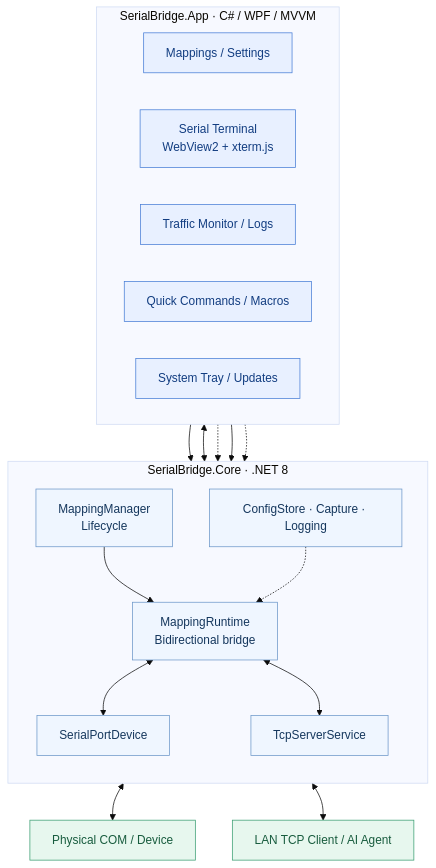
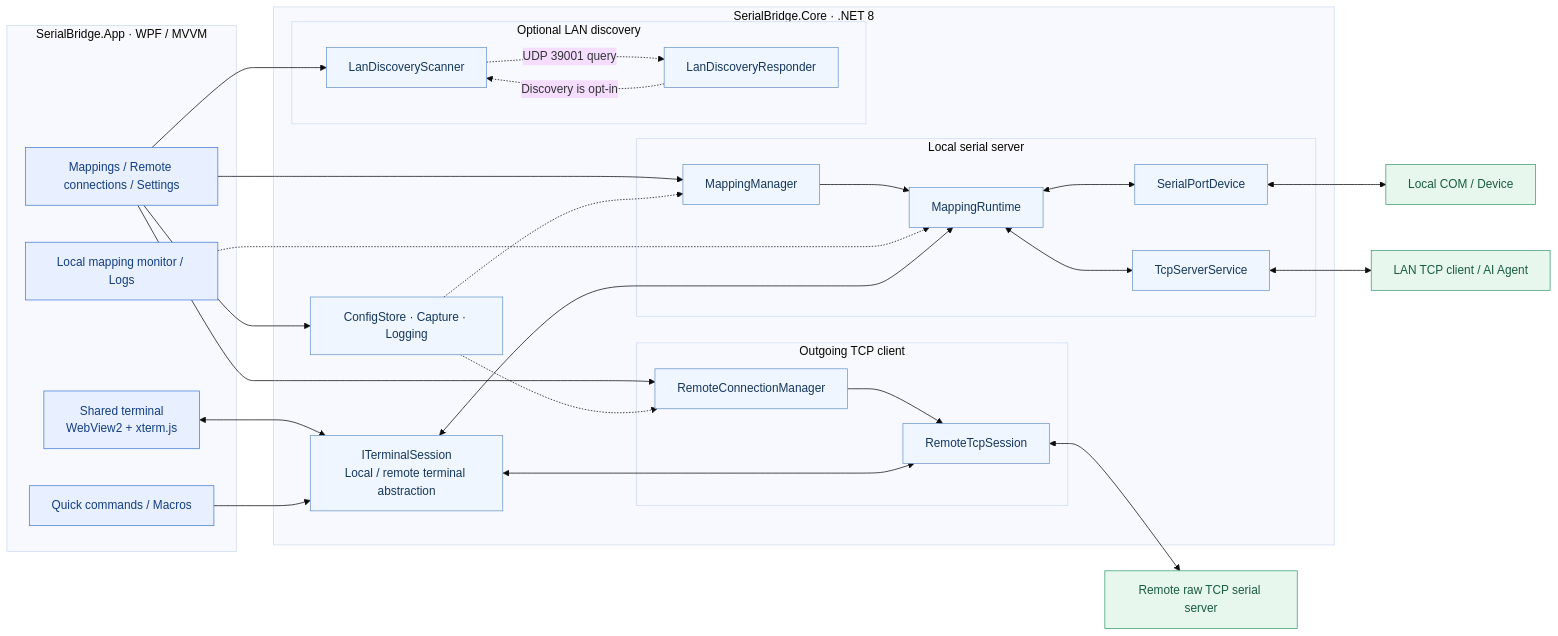
Before and after one commit to SuperStrain/SerialBridge: the diagram in README.en.md, drawn with Mermaid (base theme). The commit also changed other lines of this file, not shown here.

Commit message:
docs: update English README architecture and remote topology

````diff
--- a/README.en.md
+++ b/README.en.md
@@ -149,39 +153,48 @@
 ```mermaid
-flowchart TB
-    subgraph APP["SerialBridge.App · C# / WPF / MVVM"]
-        direction LR
-        UI["Mappings / Settings"]
-        TERM["Serial Terminal<br/>WebView2 + xterm.js"]
-        MON["Traffic Monitor / Logs"]
-        MACRO["Quick Commands / Macros"]
-        TRAY["System Tray / Updates"]
+flowchart LR
+    subgraph APP["SerialBridge.App · WPF / MVVM"]
+        UI["Mappings / Remote connections / Settings"]
+        TERM["Shared terminal<br/>WebView2 + xterm.js"]
+        MACRO["Quick commands / Macros"]
+        MON["Local mapping monitor / Logs"]
     end
-
     subgraph CORE["SerialBridge.Core · .NET 8"]
-        direction TB
-        MANAGER["MappingManager<br/>Lifecycle"]
-        RUNTIME["MappingRuntime<br/>Bidirectional bridge"]
-        SERIAL["SerialPortDevice"]
-        TCP["TcpServerService"]
-        SUPPORT["ConfigStore · Capture · Logging"]
-        MANAGER --> RUNTIME
-        RUNTIME <--> SERIAL
-        RUNTIME <--> TCP
-        SUPPORT -.-> RUNTIME
+        subgraph HOST["Local serial server"]
+            MM["MappingManager"] --> MR["MappingRuntime"]
+            MR <--> SP["SerialPortDevice"]
+            MR <--> TS["TcpServerService"]
+        end
+        subgraph REMOTE["Outgoing TCP client"]
+            RM["RemoteConnectionManager"] --> RS["RemoteTcpSession"]
+        end
+        subgraph DISCOVERY["Optional LAN discovery"]
+            SCAN["LanDiscoveryScanner"]
+            RESP["LanDiscoveryResponder"]
+        end
+        SESSION["ITerminalSession<br/>Local / remote terminal abstraction"]
+        STORE["ConfigStore · Capture · Logging"]
     end
-
-    UI --> MANAGER
-    TERM <--> RUNTIME
-    MON -.-> RUNTIME
-    MACRO --> RUNTIME
-    TRAY -.-> MANAGER
-    SERIAL <--> DEVICE["Physical COM / Device"]
-    TCP <--> CLIENT["LAN TCP Client / AI Agent"]
+    UI --> MM
+    UI --> RM
+    UI --> SCAN
+    UI --> STORE
+    TERM <--> SESSION
+    MACRO --> SESSION
+    MON -.-> MR
+    SESSION <--> MR
+    SESSION <--> RS
+    SP <--> DEVICE["Local COM / Device"]
+    TS <--> CLIENT["LAN TCP client / AI Agent"]
+    RS <--> SERVER["Remote raw TCP serial server"]
+    SCAN -. "UDP 39001 query" .-> RESP
+    RESP -. "Discovery is opt-in" .-> SCAN
+    STORE -.-> MM
+    STORE -.-> RM
 
     classDef app fill:#e8f0ff,stroke:#477dd6,color:#123d81
     classDef core fill:#eff6ff,stroke:#6c97c9,color:#15375d
     classDef edge fill:#e7f7ee,stroke:#3a9e72,color:#185c3e
-    class UI,TERM,MON,MACRO,TRAY app
-    class MANAGER,RUNTIME,SERIAL,TCP,SUPPORT core
-    class DEVICE,CLIENT edge
+    class UI,TERM,MACRO,MON app
+    class MM,MR,SP,TS,RM,RS,SCAN,RESP,SESSION,STORE core
+    class DEVICE,CLIENT,SERVER edge
 ```
````
